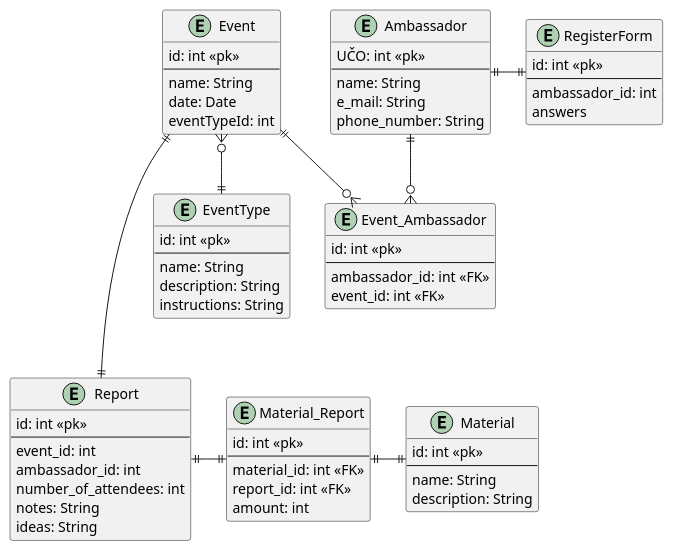
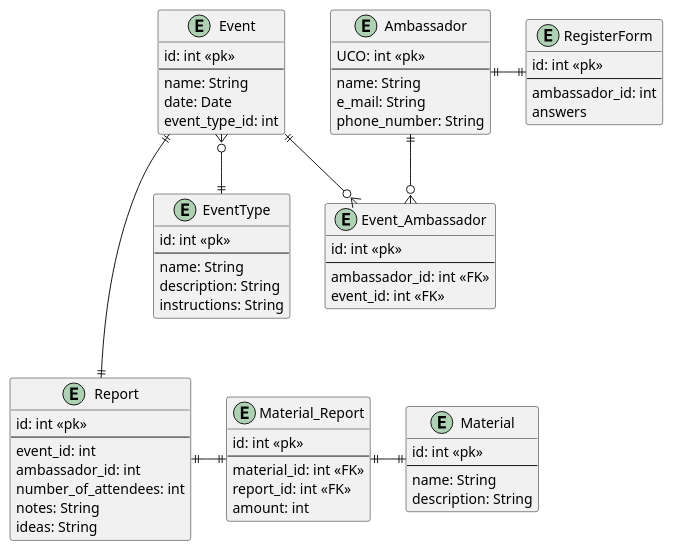
Before and after one commit to barhorkaa/ambassadors: the diagram in src/diagrams/erd.puml, drawn with PlantUML.

Commit message:
fix(erd): renamed fields to follow snake_case

```diff
--- a/src/diagrams/erd.puml
+++ b/src/diagrams/erd.puml
@@ -1,85 +1,85 @@
 @startuml
 'https://plantuml.com/entity-diagram
 
 entity RegisterForm {
   id: int <<pk>>
   --
   ambassador_id: int
   answers
 }
 
 entity Ambassador {
-  UČO: int <<pk>>
+  UCO: int <<pk>>
   --
   name: String
   e_mail: String
   phone_number: String
 }
 
 entity Event {
   id: int <<pk>>
   --
   name: String
   date: Date
-  eventTypeId: int
+  event_type_id: int
 }
 
 entity EventType {
   id: int <<pk>>
   --
   name: String
   description: String
   instructions: String
 }
 
 entity Event_Ambassador {
   id: int <<pk>>
   --
   ambassador_id: int <<FK>>
   event_id: int <<FK>>
 }
 
 entity Report {
   id: int <<pk>>
   --
   event_id: int
   ambassador_id: int
   number_of_attendees: int
 'photos
   notes: String
   ideas: String
 }
 
 'enum EventTypes {
 '  SCHOOL
 '  EXPO
 '  OPENDAY
 '  GAUDEAMUS
 '  ...
 '}
 
 entity Material_Report {
   id: int <<pk>>
   --
   material_id: int <<FK>>
   report_id: int <<FK>>
   amount: int
 }
 
 entity Material {
   id: int <<pk>>
   --
   name: String
   description: String
 }
 
 Report ||-|| Material_Report
 Material_Report ||-|| Material
 Event ||---|| Report
 
 Ambassador ||-|| RegisterForm
 Ambassador ||--o{ Event_Ambassador
 Event ||--o{ Event_Ambassador
 Event }o--|| EventType
 
 @enduml
```
